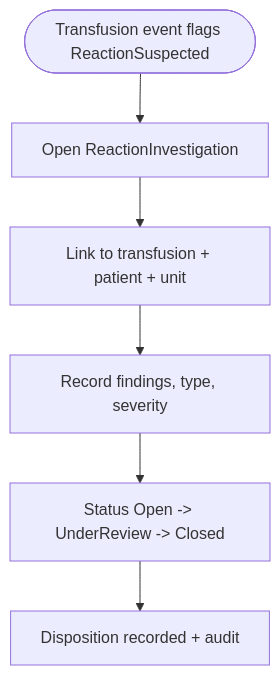
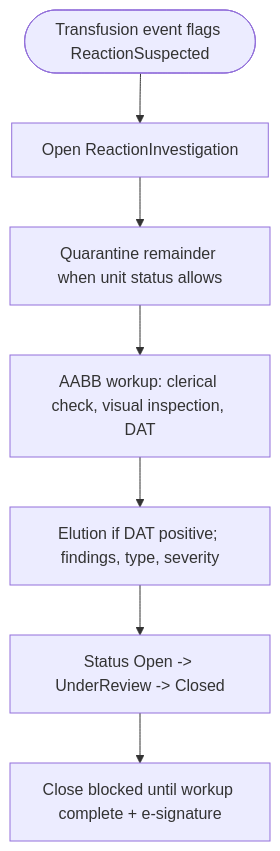
Before and after one commit to drpitts13/greyhound-blood-bank-system: the tenth of 11 diagrams in docs/workflows.md, drawn with Mermaid. The commit also changed 14 other files, not shown here.

Commit message:
Require a structured AABB workup before closing reaction investigations.

````diff
--- a/docs/workflows.md
+++ b/docs/workflows.md
@@ -209,8 +209,9 @@
 ```mermaid
 flowchart TD
     a([Transfusion event flags ReactionSuspected]) --> b[Open ReactionInvestigation]
-    b --> c[Link to transfusion + patient + unit]
-    c --> d[Record findings, type, severity]
+    b --> q[Quarantine remainder when unit status allows]
+    q --> c[AABB workup: clerical check, visual inspection, DAT]
+    c --> d[Elution if DAT positive; findings, type, severity]
     d --> e[Status Open -> UnderReview -> Closed]
-    e --> f[Disposition recorded + audit]
+    e --> f[Close blocked until workup complete + e-signature]
 ```
````
